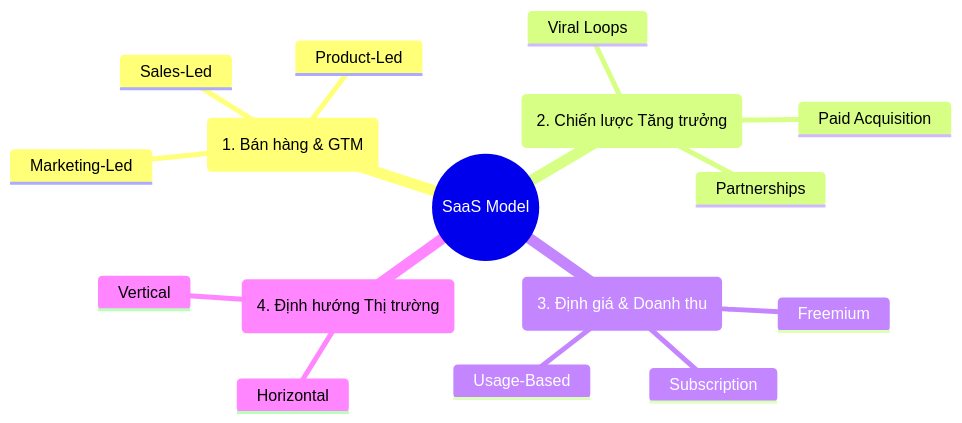
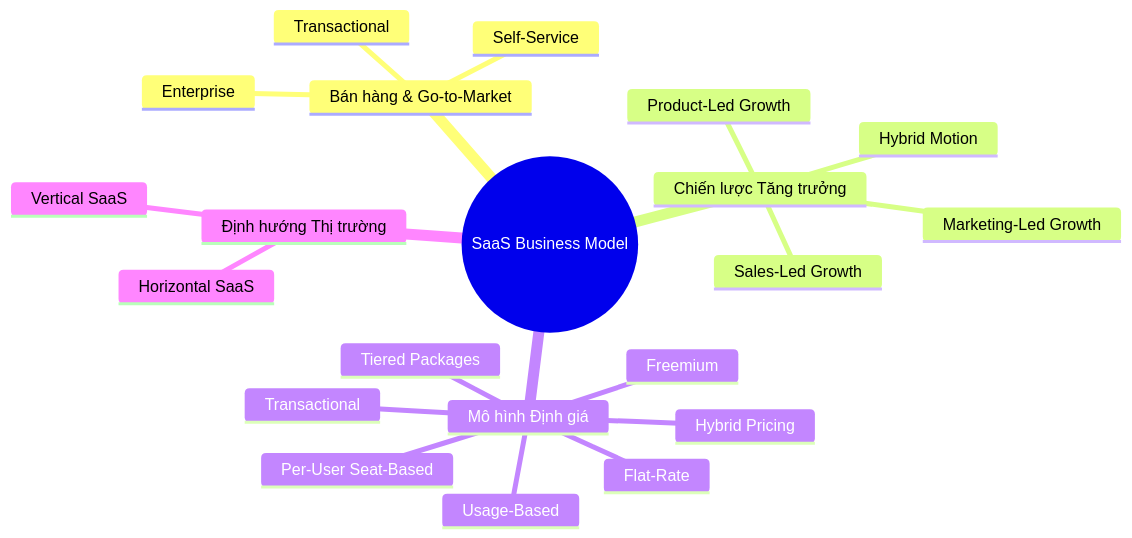
The diagram in posts/saas-metrics-1/index.qmd (pakota159/pakota159.github.io), drawn with Mermaid before and after one commit. The commit also changed other lines of this file and 3 other files, not shown here.

````diff
--- a/posts/saas-metrics-1/index.qmd
+++ b/posts/saas-metrics-1/index.qmd
@@ -14,21 +83,29 @@
 ```{mermaid}
 %%| label: fig-saas-mindmap
 %%| fig-cap: "4 cách phân loại của mô hình kinh doanh SaaS"
+%%| fig-width: 10
+%%| fig-height: 8
+
 mindmap
-  root((SaaS Model))
-    (1. Bán hàng & GTM)
-      Product-Led
-      Sales-Led
-      Marketing-Led
-    (2. Chiến lược Tăng trưởng)
-      Viral Loops
-      Paid Acquisition
-      Partnerships
-    (3. Định giá & Doanh thu)
+  root((SaaS Business Model))
+    Bán hàng & Go-to-Market
+      Self-Service
+      Transactional
+      Enterprise
+    Chiến lược Tăng trưởng
+      Product-Led Growth
+      Sales-Led Growth
+      Marketing-Led Growth
+      Hybrid Motion
+    Mô hình Định giá
       Freemium
-      Subscription
+      Per-User Seat-Based
       Usage-Based
-    (4. Định hướng Thị trường)
-      Horizontal
-      Vertical
+      Tiered Packages
+      Flat-Rate
+      Transactional
+      Hybrid Pricing
+    Định hướng Thị trường
+      Horizontal SaaS
+      Vertical SaaS
 ```
````
